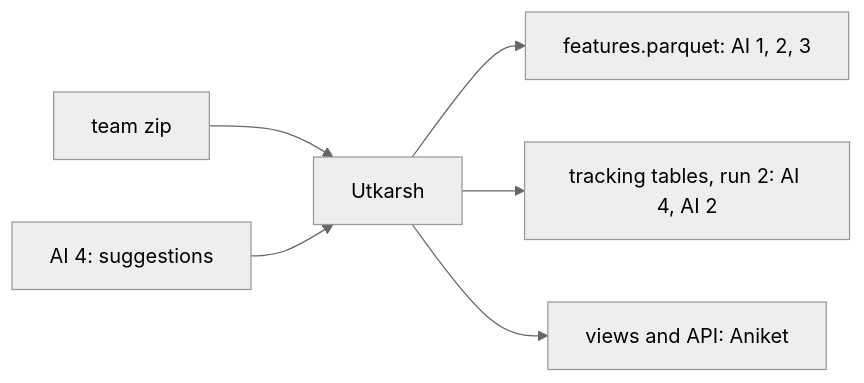
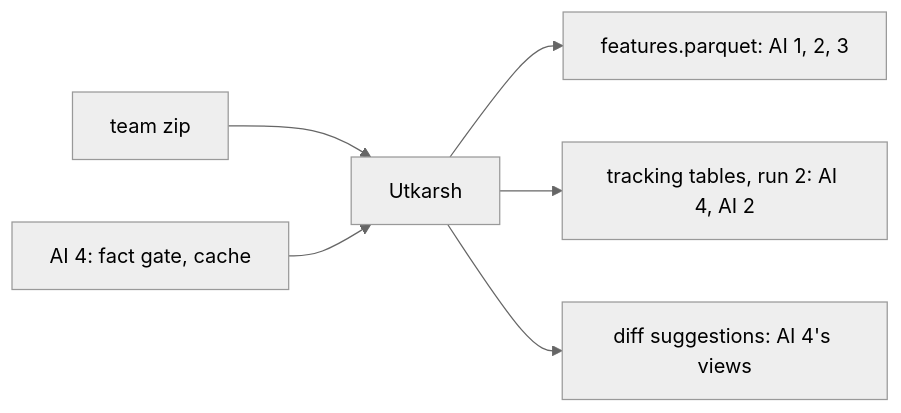
The diagram in Model-Pipeline/packets/utkarsh-data/README.md (Itsme-aniketghosh/Meridian), drawn with Mermaid (neutral theme) before and after one commit. The commit also changed other lines of this file and 7 other files, not shown here.

First line of the commit message:
Update README files across multiple packets to reflect project changes and timelines

````diff
--- a/Model-Pipeline/packets/utkarsh-data/README.md
+++ b/Model-Pipeline/packets/utkarsh-data/README.md
@@ -12,8 +12,8 @@
 ```mermaid
 flowchart LR
   zip["team zip"] --> me["Utkarsh"]
-  ai4["AI 4: suggestions"] --> me
+  ai4["AI 4: fact gate, cache"] --> me
   me --> feat["features.parquet: AI 1, 2, 3"]
   me --> tables["tracking tables, run 2: AI 4, AI 2"]
-  me --> views["views and API: Aniket"]
+  me --> diffs["diff suggestions: AI 4's views"]
 ```
````
